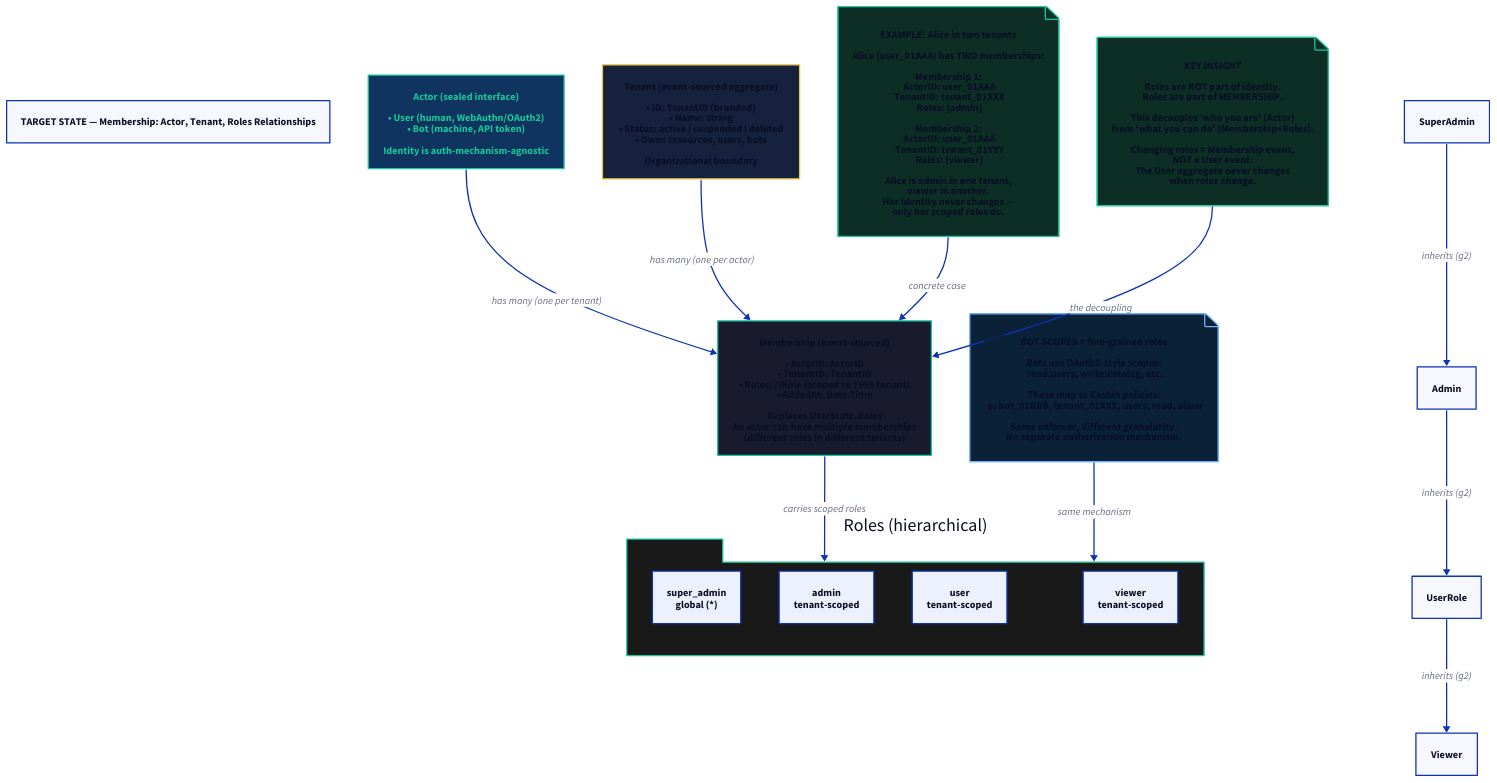
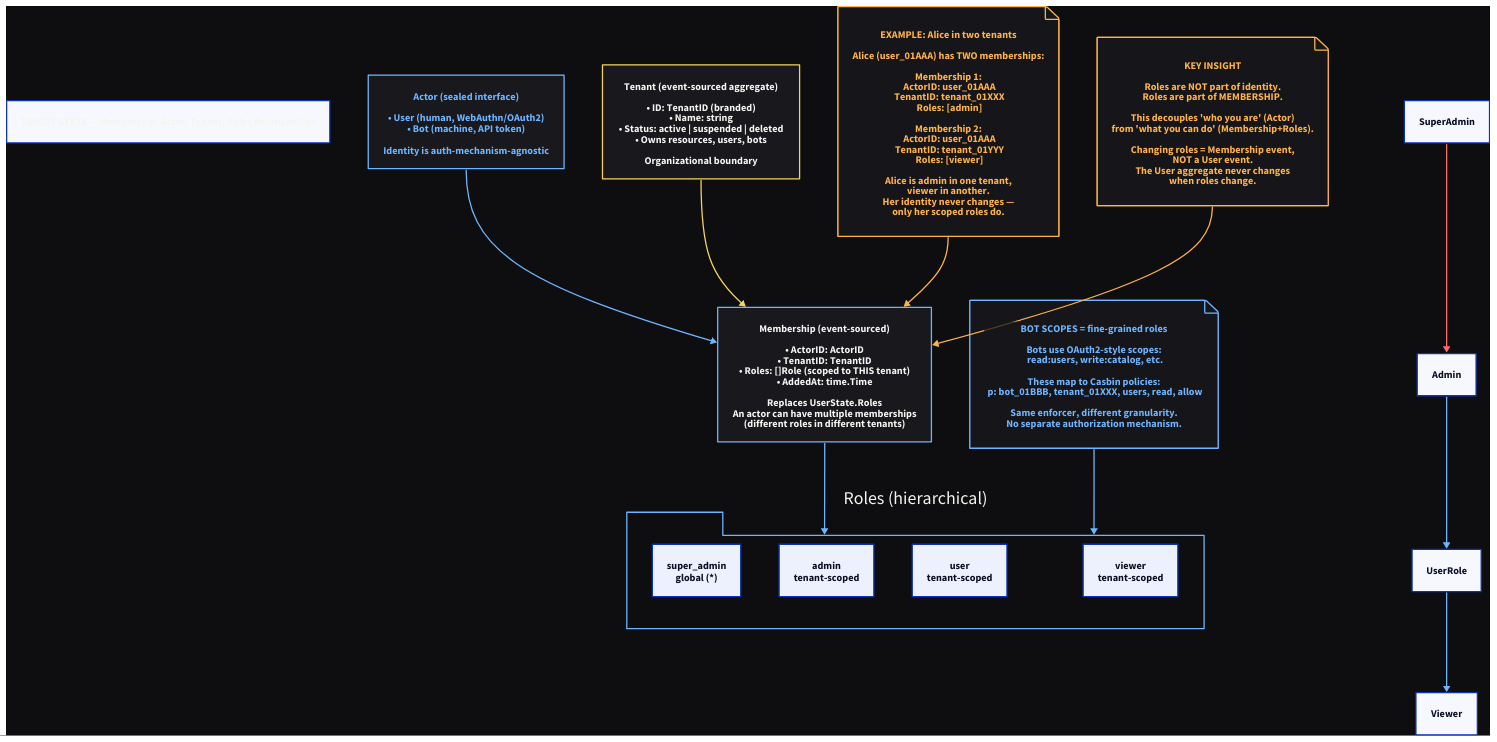
The diagram in docs/architecture-understanding/2026-06-21_04-00_membership-relationships.d2 (LarsArtmann/cqrs-htmx), drawn with D2 before and after one commit. The commit also changed 16 other files, not shown here.

First line of the commit message:
docs(architecture): refresh architecture diagrams with dark theme + add render script

```diff
--- a/docs/architecture-understanding/2026-06-21_04-00_membership-relationships.d2
+++ b/docs/architecture-understanding/2026-06-21_04-00_membership-relationships.d2
@@ -1,71 +1,74 @@
 direction: down
 
+style: {fill: "#0e0e10"}
+
 title: "TARGET STATE — Membership: Actor, Tenant, Roles Relationships"
+title.style: {font-color: "#f4f4f0"}
 
 # Actor
 Actor: {
   shape: rectangle
-  style: {fill: "#0f3460"; stroke: "#16c79a"; font-color: "#16c79a"}
+  style: {fill: "#18181d"; stroke: "#6eb5ff"; font-color: "#6eb5ff"}
   label: "Actor (sealed interface)\n\n• User (human, WebAuthn/OAuth2)\n• Bot (machine, API token)\n\nIdentity is auth-mechanism-agnostic"
 }
 
 # Tenant
 Tenant: {
   shape: rectangle
-  style: {fill: "#16213e"; stroke: "#e8c546"}
+  style: {fill: "#18181d"; stroke: "#f4d35e"; font-color: "#f4f4f0"}
   label: "Tenant (event-sourced aggregate)\n\n• ID: TenantID (branded)\n• Name: string\n• Status: active | suspended | deleted\n• Owns resources, users, bots\n\nOrganizational boundary"
 }
 
 # Membership (the join table)
 Membership: {
   shape: rectangle
-  style: {fill: "#1a1a2e"; stroke: "#16c79a"}
+  style: {fill: "#18181d"; stroke: "#6eb5ff"; font-color: "#f4f4f0"}
   label: "Membership (event-sourced)\n\n• ActorID: ActorID\n• TenantID: TenantID\n• Roles: []Role (scoped to THIS tenant)\n• AddedAt: time.Time\n\nReplaces UserState.Roles\nAn actor can have multiple memberships\n(different roles in different tenants)"
 }
 
 # Roles
 Roles: {
   shape: package
-  style: {fill: "#191919"; stroke: "#16c79a"}
+  style: {fill: "#0e0e10"; stroke: "#6eb5ff"; font-color: "#f4f4f0"}
   label: "Roles (hierarchical)"
 
   SuperAdmin: "super_admin\nglobal (*)"
   Admin: "admin\ntenant-scoped"
   UserRole: "user\ntenant-scoped"
   Viewer: "viewer\ntenant-scoped"
 }
 
 # Example: User in 2 tenants
 Example: {
   shape: page
-  style: {fill: "#0d2e25"; stroke: "#16c79a"}
+  style: {fill: "#16161a"; stroke: "#ffb347"; font-color: "#ffb347"}
   label: "EXAMPLE: Alice in two tenants\n\nAlice (user_01AAA) has TWO memberships:\n\nMembership 1:\n  ActorID: user_01AAA\n  TenantID: tenant_01XXX\n  Roles: [admin]\n\nMembership 2:\n  ActorID: user_01AAA\n  TenantID: tenant_01YYY\n  Roles: [viewer]\n\nAlice is admin in one tenant,\nviewer in another.\nHer identity never changes —\nonly her scoped roles do."
 }
 
 # Scopes for bots
 BotScopes: {
   shape: page
-  style: {fill: "#0a2138"; stroke: "#6eb5ff"}
+  style: {fill: "#16161a"; stroke: "#6eb5ff"; font-color: "#6eb5ff"}
   label: "BOT SCOPES = fine-grained roles\n\nBots use OAuth2-style scopes:\n  read:users, write:catalog, etc.\n\nThese map to Casbin policies:\n  p: bot_01BBB, tenant_01XXX, users, read, allow\n\nSame enforcer, different granularity.\nNo separate authorization mechanism."
 }
 
 # Relationships
-Actor -> Membership: "has many (one per tenant)"
-Tenant -> Membership: "has many (one per actor)"
-Membership -> Roles: "carries scoped roles"
+Actor -> Membership: {style: {stroke: "#6eb5ff"; font-color: "#f4f4f0"}}
+Tenant -> Membership: {style: {stroke: "#f4d35e"; font-color: "#f4f4f0"}}
+Membership -> Roles: {style: {stroke: "#6eb5ff"; font-color: "#f4f4f0"}}
 
-SuperAdmin -> Admin: "inherits (g2)"
-Admin -> UserRole: "inherits (g2)"
-UserRole -> Viewer: "inherits (g2)"
+SuperAdmin -> Admin: {style: {stroke: "#ff6b6b"; font-color: "#f4f4f0"}}
+Admin -> UserRole: {style: {stroke: "#6eb5ff"; font-color: "#f4f4f0"}}
+UserRole -> Viewer: {style: {stroke: "#6eb5ff"; font-color: "#f4f4f0"}}
 
-Example -> Membership: "concrete case"
-BotScopes -> Roles: "same mechanism"
+Example -> Membership: {style: {stroke: "#ffb347"; font-color: "#ffb347"}}
+BotScopes -> Roles: {style: {stroke: "#6eb5ff"; font-color: "#f4f4f0"}}
 
 # Key insight
 KeyInsight: {
   shape: page
-  style: {fill: "#0d2e25"; stroke: "#16c79a"}
+  style: {fill: "#16161a"; stroke: "#ffb347"; font-color: "#ffb347"}
   label: "KEY INSIGHT\n\nRoles are NOT part of identity.\nRoles are part of MEMBERSHIP.\n\nThis decouples 'who you are' (Actor)\nfrom 'what you can do' (Membership+Roles).\n\nChanging roles = Membership event,\nNOT a User event.\nThe User aggregate never changes\nwhen roles change."
 }
 
-KeyInsight -> Membership: "the decoupling"
+KeyInsight -> Membership: {style: {stroke: "#ffb347"; font-color: "#ffb347"}}
```
